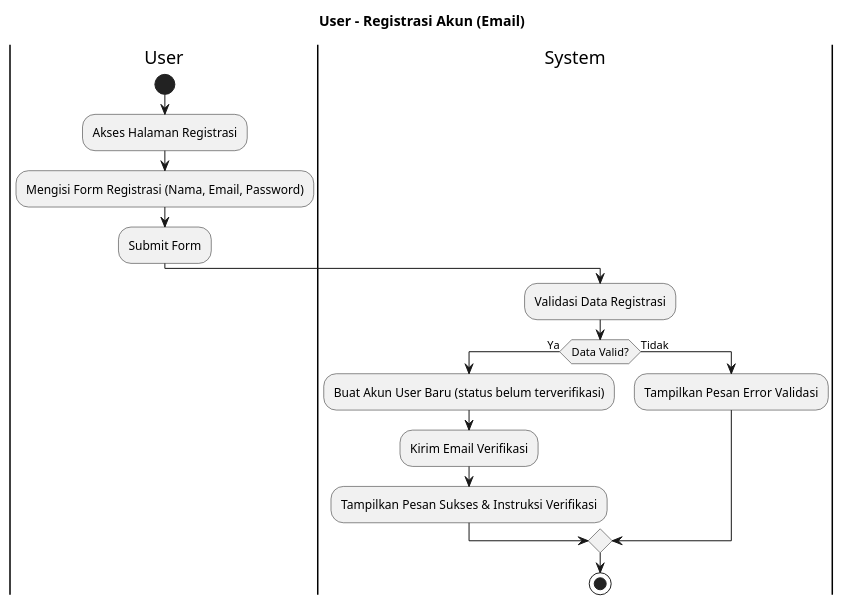
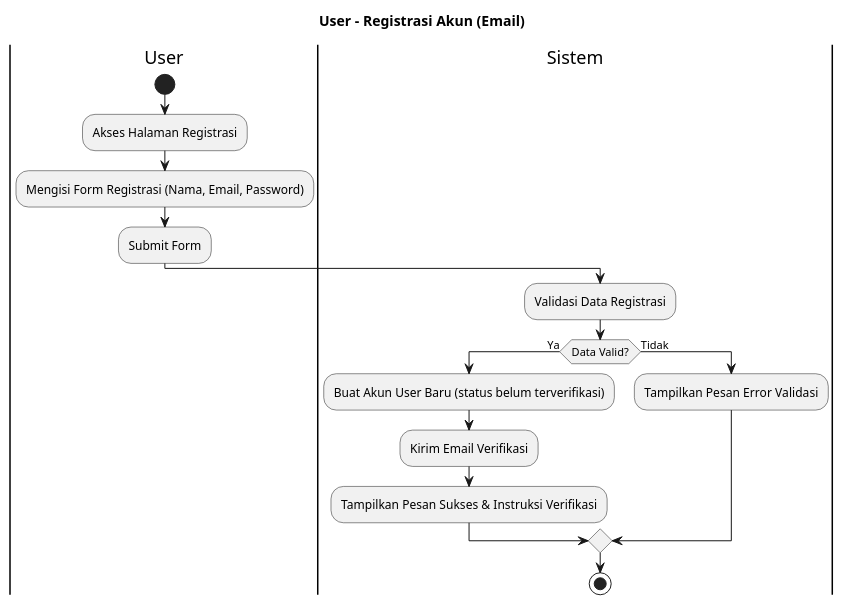
Before and after one commit to aliifam/final-project: the diagram in diagram/raw/ad/user/registrasi.plantuml, drawn with PlantUML. The commit also changed 75 other files, not shown here.

```diff
--- a/diagram/raw/ad/user/registrasi.plantuml
+++ b/diagram/raw/ad/user/registrasi.plantuml
@@ -1,19 +1,19 @@
 @startuml
 title User - Registrasi Akun (Email)
 
 |User|
 start
 :Akses Halaman Registrasi;
 :Mengisi Form Registrasi (Nama, Email, Password);
 :Submit Form;
-|System|
+|Sistem|
 :Validasi Data Registrasi;
 if (Data Valid?) then (Ya)
     :Buat Akun User Baru (status belum terverifikasi);
     :Kirim Email Verifikasi;
     :Tampilkan Pesan Sukses & Instruksi Verifikasi;
 else (Tidak)
     :Tampilkan Pesan Error Validasi;
 endif
 stop
 @enduml
```
